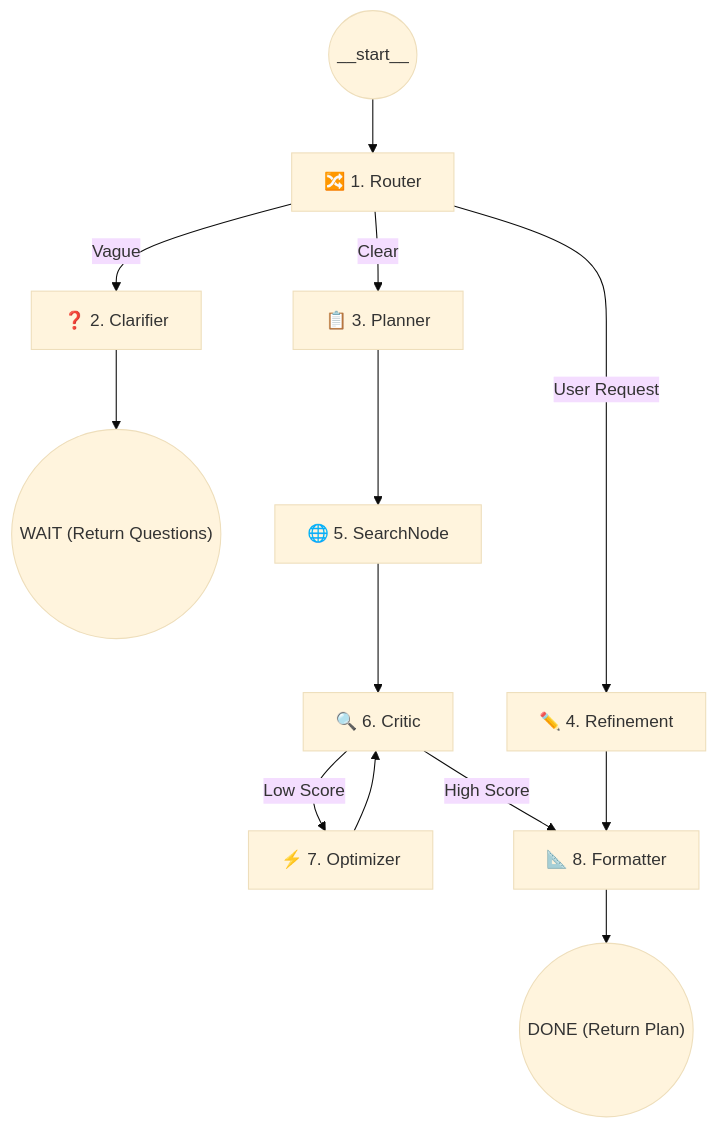
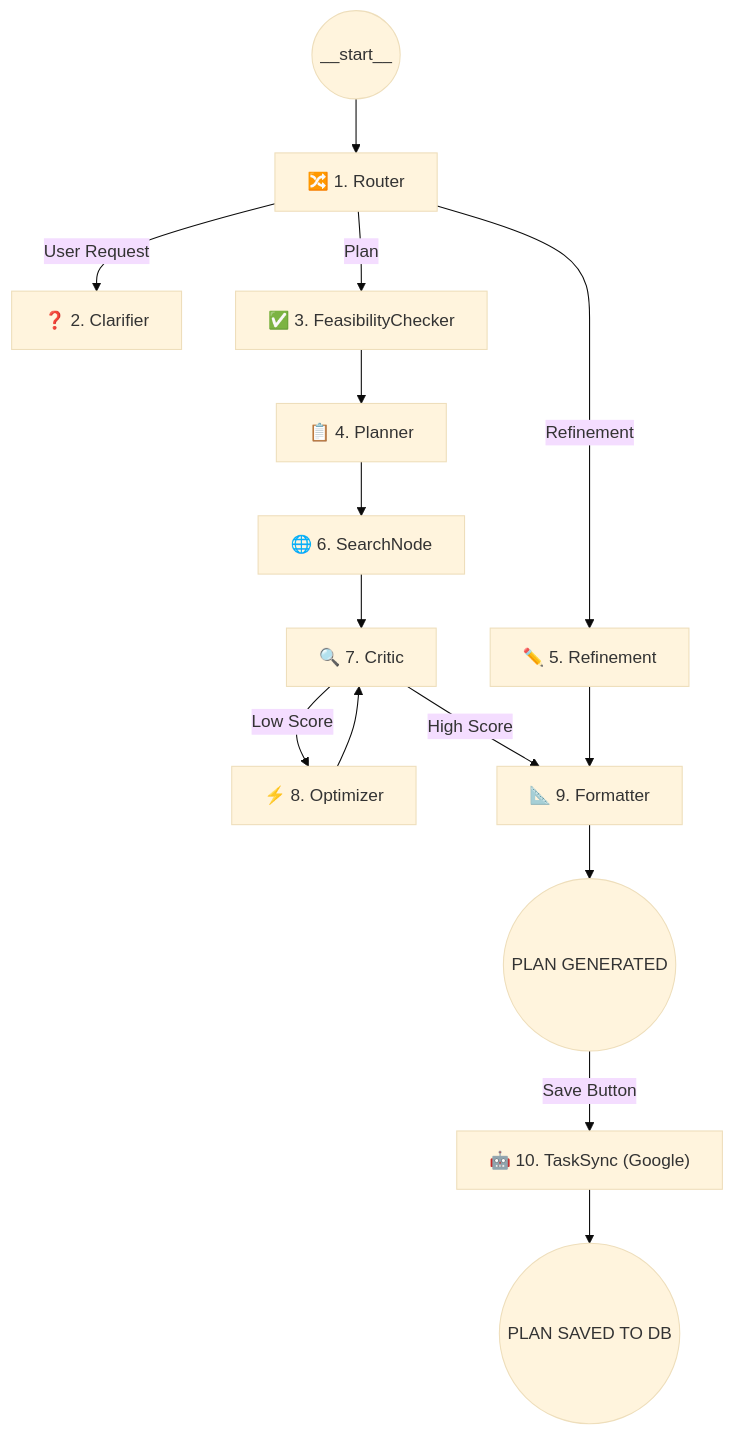
The diagram in SYSTEM_OVERVIEW.md (rhealaloo45/goal-planning-agent), drawn with Mermaid (base theme) before and after one commit. The commit also changed other lines of this file and 29 other files, not shown here.

````diff
--- a/SYSTEM_OVERVIEW.md
+++ b/SYSTEM_OVERVIEW.md
@@ -10,25 +10,25 @@
 ```mermaid
 graph TD
     START(("__start__")) --> router["🔀 1. Router"]
     
-    %% Routing Logic
-    router -- "Vague" --> clarifier["❓ 2. Clarifier"]
-    router -- "Clear" --> planner["📋 3. Planner"]
-    router -- "User Request" --> refinement["✏️ 4. Refinement"]
+    %% Planning Path
+    router -- "User Request" --> clarify["❓ 2. Clarifier"]
+    router -- "Plan" --> feasibility["✅ 3. FeasibilityChecker"]
+    feasibility --> planner["📋 4. Planner"]
+    router -- "Refinement" --> refinement["✏️ 5. Refinement"]
     
-    %% Clarification Path
-    clarifier --> END1(("WAIT (Return Questions)"))
-    
-    %% Planning & Search Path
-    planner --> search["🌐 5. SearchNode"]
-    search --> critic["🔍 6. Critic"]
-    
-    %% Internal Loop
-    critic -- "Low Score" --> optimizer["⚡ 7. Optimizer"]
+    %% Core Planning Loop
+    planner --> search["🌐 6. SearchNode"]
+    search --> critic["🔍 7. Critic"]
+    critic -- "Low Score" --> optimizer["⚡ 8. Optimizer"]
     optimizer --> critic
     
-    %% Completion Path
-    critic -- "High Score" --> formatter["📐 8. Formatter"]
+    %% Finalization & Sync
+    critic -- "High Score" --> formatter["📐 9. Formatter"]
     refinement --> formatter
-    formatter --> END2(("DONE (Return Plan)"))
+    formatter --> END(("PLAN GENERATED"))
+
+    %% Manual Persistence (User Triggered)
+    END -- "Save Button" --> task_sync["🤖 10. TaskSync (Google)"]
+    task_sync --> SAVE(("PLAN SAVED TO DB"))
 ```
````
